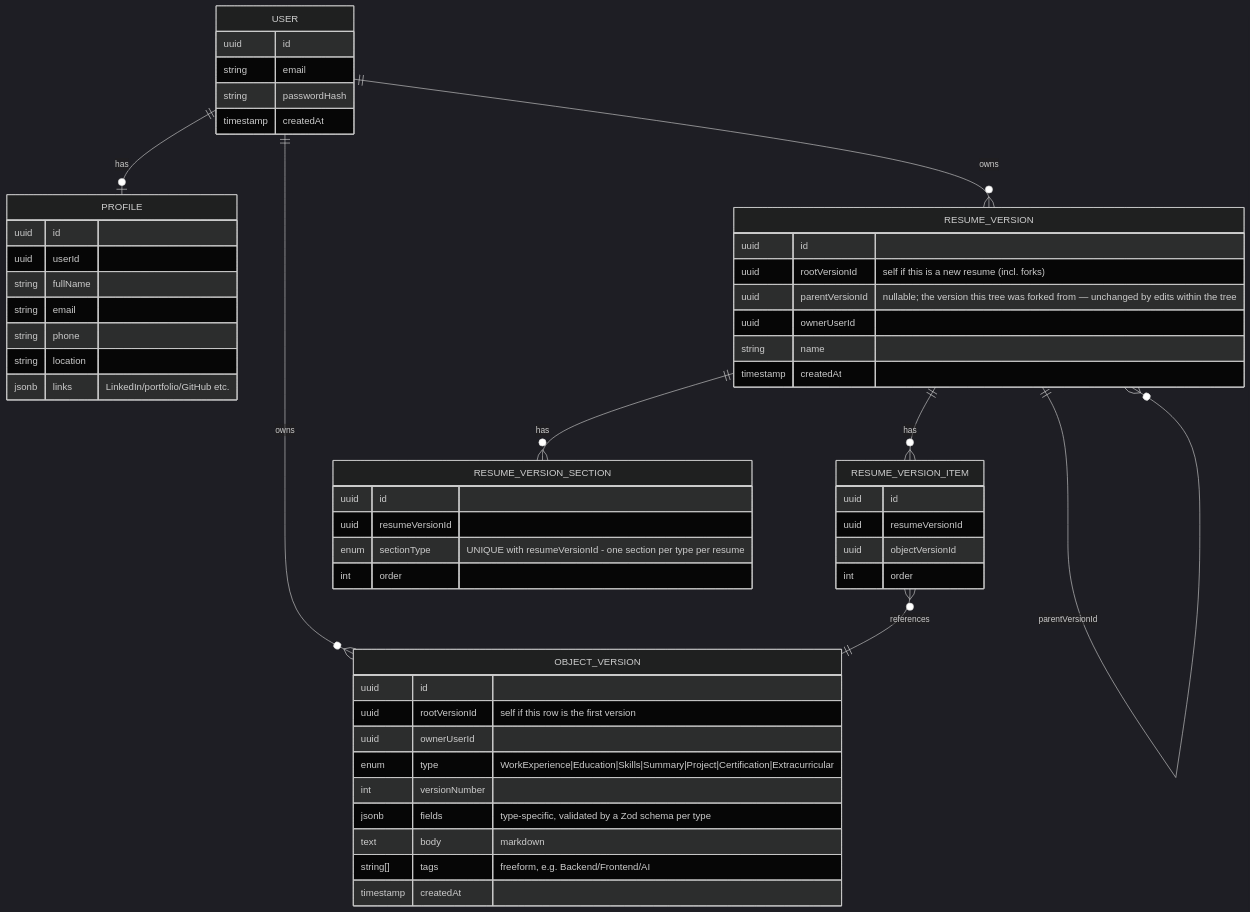
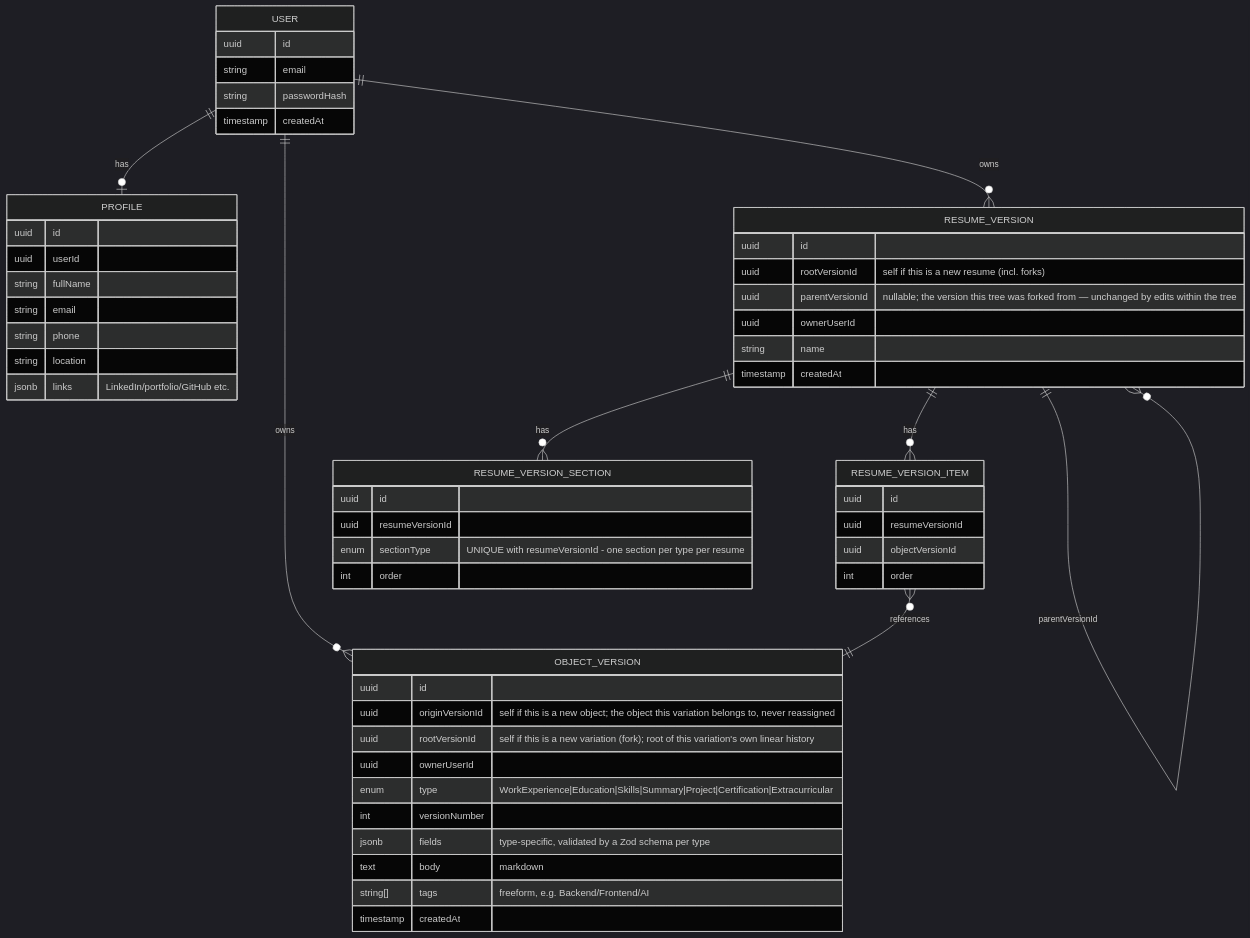
Before and after one commit to NiceKim/career-profile: the second of 5 diagrams in docs/superpowers/specs/2026-08-16-resume-version-control-design.md, drawn with Mermaid (dark theme). The commit also changed other lines of this file, not shown here.

First line of the commit message:
docs: redesign ObjectVersion to three-tier object/variation/version model

````diff
--- a/docs/superpowers/specs/2026-08-16-resume-version-control-design.md
+++ b/docs/superpowers/specs/2026-08-16-resume-version-control-design.md
@@ -48,57 +48,58 @@
 ```mermaid
 erDiagram
     USER ||--o| PROFILE : has
     USER ||--o{ OBJECT_VERSION : owns
     USER ||--o{ RESUME_VERSION : owns
     RESUME_VERSION ||--o{ RESUME_VERSION_SECTION : has
     RESUME_VERSION ||--o{ RESUME_VERSION_ITEM : has
     RESUME_VERSION_ITEM }o--|| OBJECT_VERSION : references
     RESUME_VERSION ||--o{ RESUME_VERSION : parentVersionId
 
     USER {
         uuid id
         string email
         string passwordHash
         timestamp createdAt
     }
     PROFILE {
         uuid id
         uuid userId
         string fullName
         string email
         string phone
         string location
         jsonb links "LinkedIn/portfolio/GitHub etc."
     }
     OBJECT_VERSION {
         uuid id
-        uuid rootVersionId "self if this row is the first version"
+        uuid originVersionId "self if this is a new object; the object this variation belongs to, never reassigned"
+        uuid rootVersionId "self if this is a new variation (fork); root of this variation's own linear history"
         uuid ownerUserId
         enum type "WorkExperience|Education|Skills|Summary|Project|Certification|Extracurricular"
         int versionNumber
         jsonb fields "type-specific, validated by a Zod schema per type"
         text body "markdown"
         string[] tags "freeform, e.g. Backend/Frontend/AI"
         timestamp createdAt
     }
     RESUME_VERSION {
         uuid id
         uuid rootVersionId "self if this is a new resume (incl. forks)"
         uuid parentVersionId "nullable; the version this tree was forked from — unchanged by edits within the tree"
         uuid ownerUserId
         string name
         timestamp createdAt
     }
     RESUME_VERSION_SECTION {
         uuid id
         uuid resumeVersionId
         enum sectionType "UNIQUE with resumeVersionId - one section per type per resume"
         int order
     }
     RESUME_VERSION_ITEM {
         uuid id
         uuid resumeVersionId
         uuid objectVersionId
         int order
     }
 ```
````
